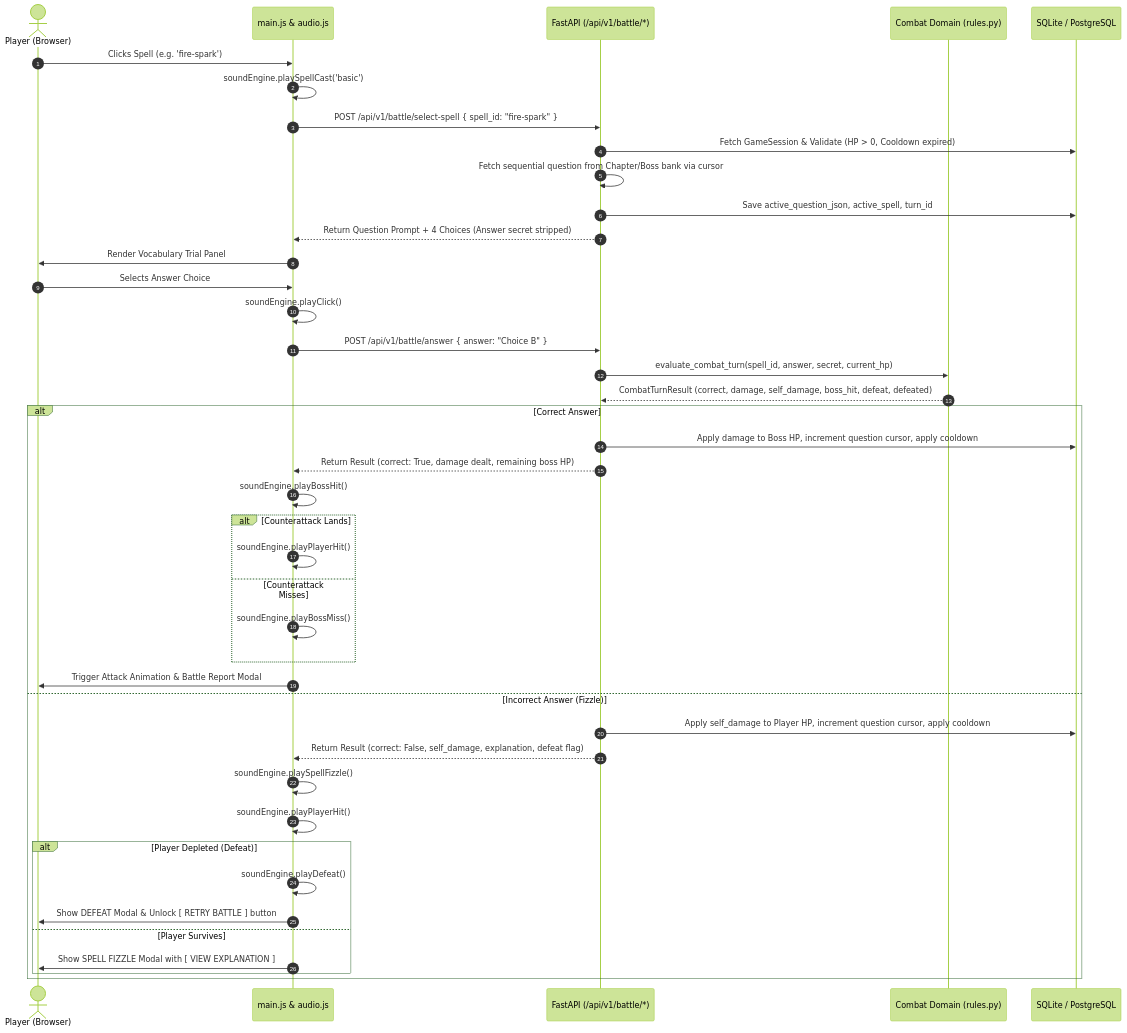
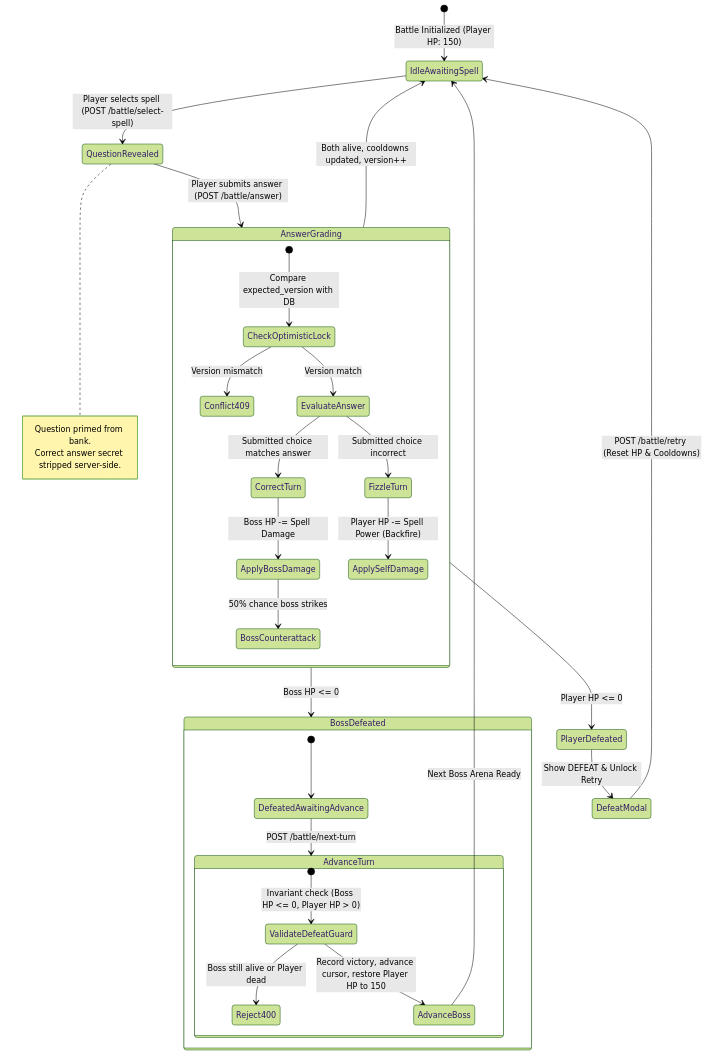
The third of 6 diagrams in README.md (DKxi/OrganicBattlesProductionUpgrade), drawn with Mermaid (forest theme) before and after one commit. The commit also changed other lines of this file, not shown here.

Commit message:
docs: expand README.md with comprehensive flow diagrams, design pros/cons, and operational guidelines

````diff
--- a/README.md
+++ b/README.md
@@ -211,47 +213,43 @@
 ```mermaid
-sequenceDiagram
-    autonumber
-    actor Player as Player (Browser)
-    participant UI as main.js & audio.js
-    participant API as FastAPI (/api/v1/battle/*)
-    participant Domain as Combat Domain (rules.py)
-    participant DB as SQLite / PostgreSQL
+stateDiagram-v2
+    [*] --> IdleAwaitingSpell: Battle Initialized (Player HP: 150)
 
-    Player->>UI: Clicks Spell (e.g. 'fire-spark')
-    UI->>UI: soundEngine.playSpellCast('basic')
-    UI->>API: POST /api/v1/battle/select-spell { spell_id: "fire-spark" }
-    API->>DB: Fetch GameSession & Validate (HP > 0, Cooldown expired)
-    API->>API: Fetch sequential question from Chapter/Boss bank via cursor
-    API->>DB: Save active_question_json, active_spell, turn_id
-    API-->>UI: Return Question Prompt + 4 Choices (Answer secret stripped)
-    UI->>Player: Render Vocabulary Trial Panel
+    IdleAwaitingSpell --> QuestionRevealed: Player selects spell (POST /battle/select-spell)
+    note right of QuestionRevealed: Question primed from bank.<br/>Correct answer secret stripped server-side.
 
-    Player->>UI: Selects Answer Choice
-    UI->>UI: soundEngine.playClick()
-    UI->>API: POST /api/v1/battle/answer { answer: "Choice B" }
-    API->>Domain: evaluate_combat_turn(spell_id, answer, secret, current_hp)
-    Domain-->>API: CombatTurnResult (correct, damage, self_damage, boss_hit, defeat, defeated)
+    QuestionRevealed --> AnswerGrading: Player submits answer (POST /battle/answer)
+    
+    state AnswerGrading {
+        [*] --> CheckOptimisticLock: Compare expected_version with DB
+        CheckOptimisticLock --> Conflict409: Version mismatch
+        CheckOptimisticLock --> EvaluateAnswer: Version match
+        
+        EvaluateAnswer --> CorrectTurn: Submitted choice matches answer
+        EvaluateAnswer --> FizzleTurn: Submitted choice incorrect
+        
+        CorrectTurn --> ApplyBossDamage: Boss HP -= Spell Damage
+        ApplyBossDamage --> BossCounterattack: 50% chance boss strikes
+        
+        FizzleTurn --> ApplySelfDamage: Player HP -= Spell Power (Backfire)
+    }
 
-    alt Correct Answer
-        API->>DB: Apply damage to Boss HP, increment question cursor, apply cooldown
-        API-->>UI: Return Result (correct: True, damage dealt, remaining boss HP)
-        UI->>UI: soundEngine.playBossHit()
-        alt Counterattack Lands
-            UI->>UI: soundEngine.playPlayerHit()
-        else Counterattack Misses
-            UI->>UI: soundEngine.playBossMiss()
-        end
-        UI->>Player: Trigger Attack Animation & Battle Report Modal
-    else Incorrect Answer (Fizzle)
-        API->>DB: Apply self_damage to Player HP, increment question cursor, apply cooldown
-        API-->>UI: Return Result (correct: False, self_damage, explanation, defeat flag)
-        UI->>UI: soundEngine.playSpellFizzle()
-        UI->>UI: soundEngine.playPlayerHit()
-        alt Player Depleted (Defeat)
-            UI->>UI: soundEngine.playDefeat()
-            UI->>Player: Show DEFEAT Modal & Unlock [ RETRY BATTLE ] button
-        else Player Survives
-            UI->>Player: Show SPELL FIZZLE Modal with [ VIEW EXPLANATION ]
-        end
-    end
+    AnswerGrading --> BossDefeated: Boss HP <= 0
+    AnswerGrading --> PlayerDefeated: Player HP <= 0
+    AnswerGrading --> IdleAwaitingSpell: Both alive, cooldowns updated, version++
+
+    state BossDefeated {
+        [*] --> DefeatedAwaitingAdvance
+        DefeatedAwaitingAdvance --> AdvanceTurn: POST /battle/next-turn
+    }
+
+    state AdvanceTurn {
+        [*] --> ValidateDefeatGuard: Invariant check (Boss HP <= 0, Player HP > 0)
+        ValidateDefeatGuard --> Reject400: Boss still alive or Player dead
+        ValidateDefeatGuard --> AdvanceBoss: Record victory, advance cursor, restore Player HP to 150
+    }
+
+    AdvanceBoss --> IdleAwaitingSpell: Next Boss Arena Ready
+    
+    PlayerDefeated --> DefeatModal: Show DEFEAT & Unlock Retry
+    DefeatModal --> IdleAwaitingSpell: POST /battle/retry (Reset HP & Cooldowns)
 ```
````
